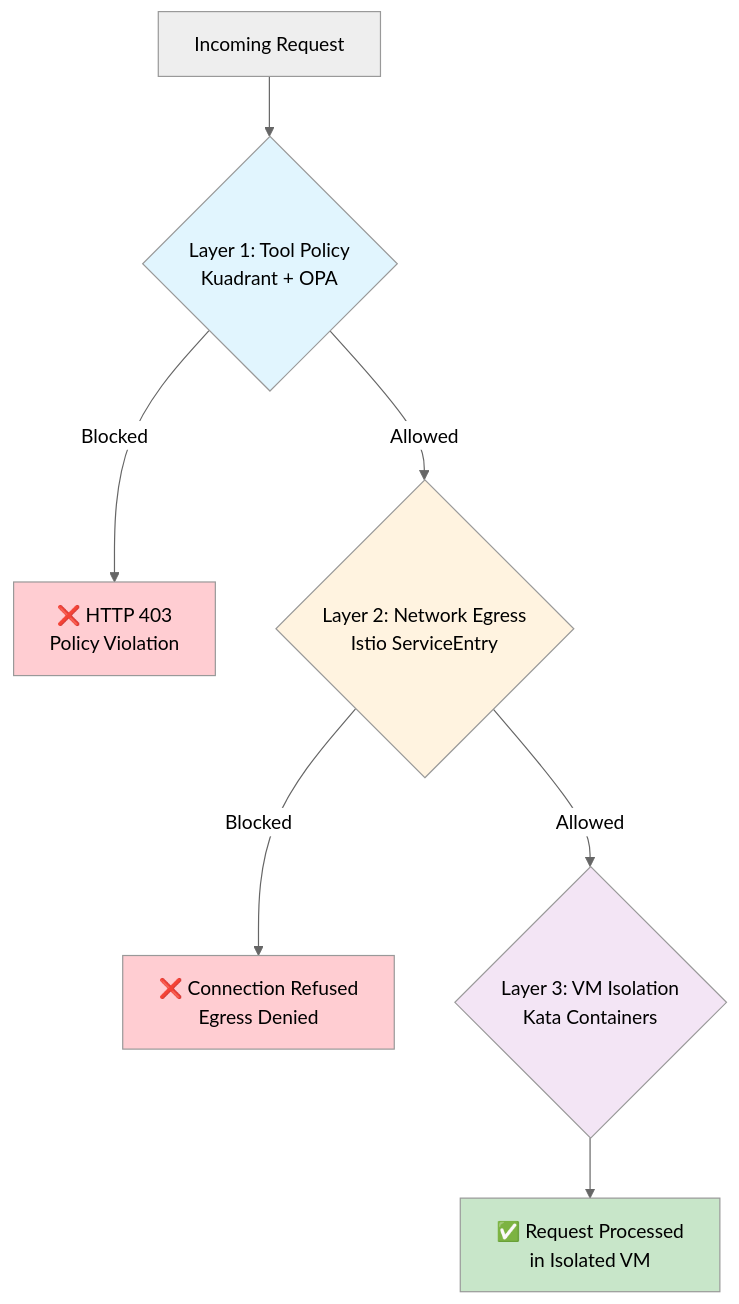
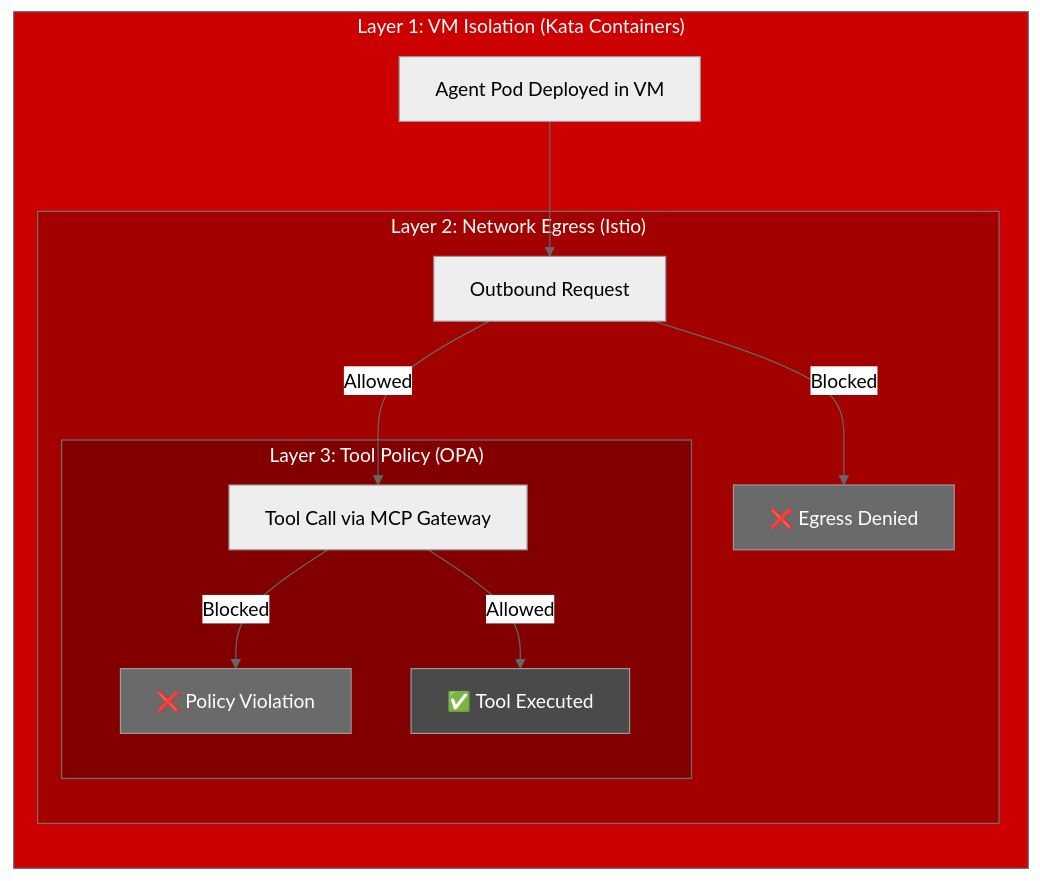
The diagram in docs/concepts/defense-in-depth.md (rrbanda/agent-sandbox-ocp), drawn with Mermaid (neutral theme) before and after one commit. The commit also changed other lines of this file and 6 other files, not shown here.

First line of the commit message:
Update diagrams: correct layer ordering and Red Hat branding

````diff
--- a/docs/concepts/defense-in-depth.md
+++ b/docs/concepts/defense-in-depth.md
@@ -7,16 +7,27 @@
 ```mermaid
 flowchart TD
-    A[Incoming Request] --> B{Layer 1: Tool Policy<br/>Kuadrant + OPA}
-    B -->|Blocked| X1[❌ HTTP 403<br/>Policy Violation]
-    B -->|Allowed| C{Layer 2: Network Egress<br/>Istio ServiceEntry}
-    C -->|Blocked| X2[❌ Connection Refused<br/>Egress Denied]
-    C -->|Allowed| D{Layer 3: VM Isolation<br/>Kata Containers}
-    D --> E[✅ Request Processed<br/>in Isolated VM]
+    subgraph L1["Layer 1: VM Isolation (Kata Containers)"]
+        direction TB
+        A["Agent Pod Deployed in VM"]
+        A --> B
+        
+        subgraph L2["Layer 2: Network Egress (Istio)"]
+            B["Outbound Request"]
+            B -->|Blocked| X2[❌ Egress Denied]
+            B -->|Allowed| C
+            
+            subgraph L3["Layer 3: Tool Policy (OPA)"]
+                C["Tool Call via MCP Gateway"]
+                C -->|Blocked| X3[❌ Policy Violation]
+                C -->|Allowed| D[✅ Tool Executed]
+            end
+        end
+    end
     
-    style B fill:#e1f5fe
-    style C fill:#fff3e0
-    style D fill:#f3e5f5
-    style X1 fill:#ffcdd2
-    style X2 fill:#ffcdd2
-    style E fill:#c8e6c9
+    style L1 fill:#CC0000,color:#FFFFFF
+    style L2 fill:#A30000,color:#FFFFFF
+    style L3 fill:#820000,color:#FFFFFF
+    style X2 fill:#6A6A6A,color:#FFFFFF
+    style X3 fill:#6A6A6A,color:#FFFFFF
+    style D fill:#4A4A4A,color:#FFFFFF
 ```
````
